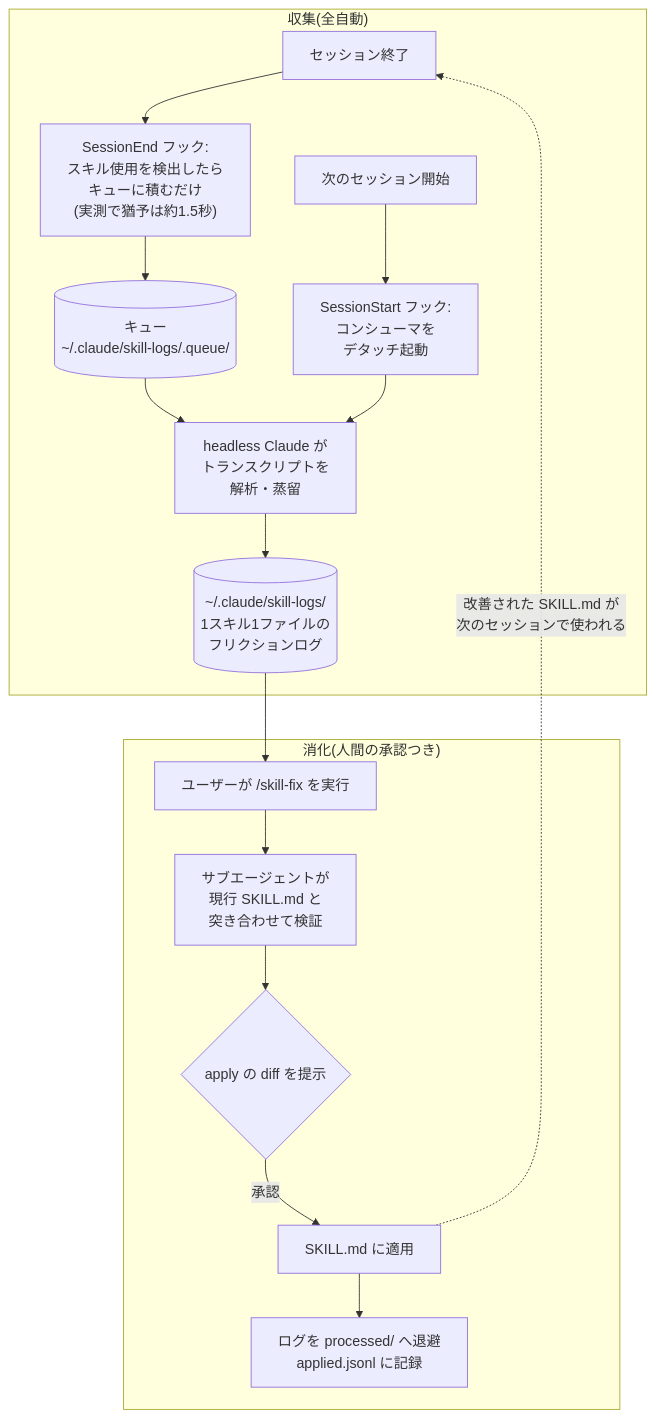
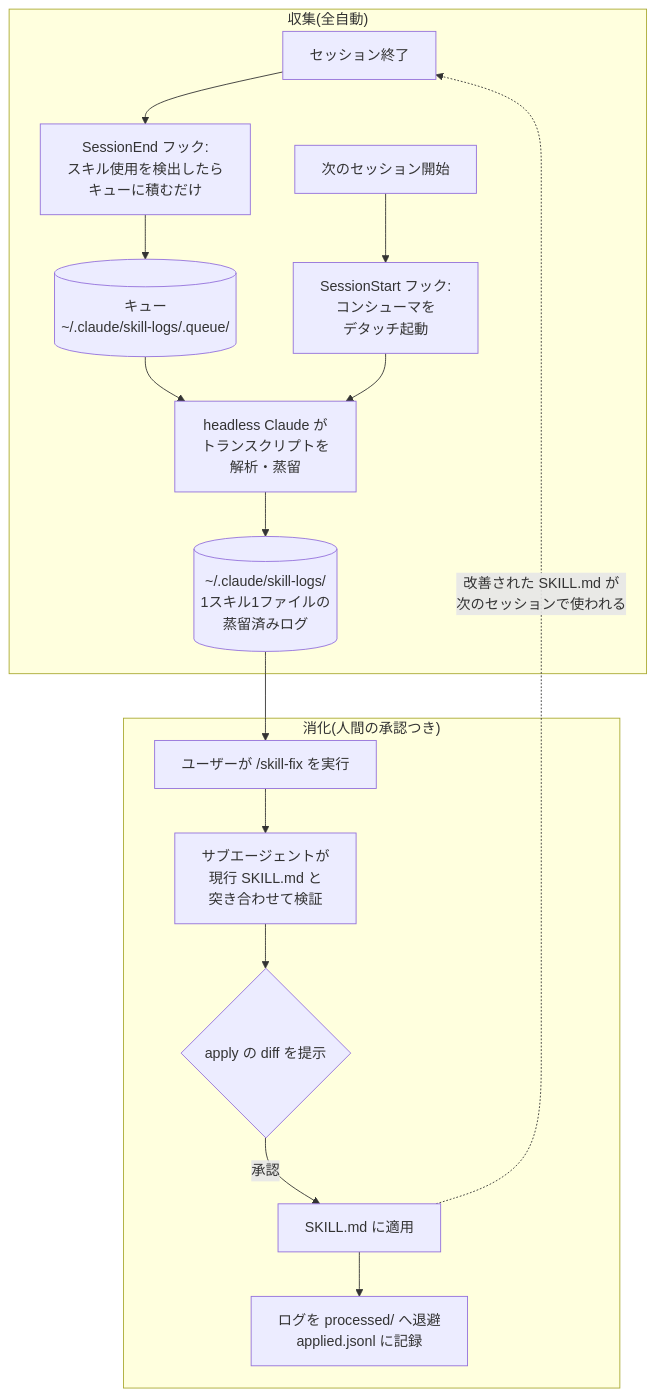
One commit to k3forx/zenn changed the diagram in articles/cd55956dffa373.md. Above: the diagram before and after it, drawn with Mermaid.

Commit message:
docs: Mermaid 図の表現を本文に合わせて整理（蒸留済みログ／実測注記を削除）

````diff
--- a/articles/cd55956dffa373.md
+++ b/articles/cd55956dffa373.md
@@ -39,21 +39,21 @@
 ```mermaid
 flowchart TD
     subgraph auto["収集(全自動)"]
-        A["セッション終了"] --> B["SessionEnd フック:<br/>スキル使用を検出したら<br/>キューに積むだけ<br/>(実測で猶予は約1.5秒)"]
+        A["セッション終了"] --> B["SessionEnd フック:<br/>スキル使用を検出したら<br/>キューに積むだけ"]
         B --> Q[("キュー<br/>~/.claude/skill-logs/.queue/")]
         C["次のセッション開始"] --> D["SessionStart フック:<br/>コンシューマを<br/>デタッチ起動"]
         Q --> E
         D --> E["headless Claude が<br/>トランスクリプトを<br/>解析・蒸留"]
-        E --> L[("~/.claude/skill-logs/<br/>1スキル1ファイルの<br/>フリクションログ")]
+        E --> L[("~/.claude/skill-logs/<br/>1スキル1ファイルの<br/>蒸留済みログ")]
     end
 
     subgraph manual["消化(人間の承認つき)"]
         F["ユーザーが /skill-fix を実行"] --> G["サブエージェントが<br/>現行 SKILL.md と<br/>突き合わせて検証"]
         G --> H{"apply の diff を提示"}
         H -->|承認| I["SKILL.md に適用"]
         I --> J["ログを processed/ へ退避<br/>applied.jsonl に記録"]
     end
 
     L --> F
     I -.->|"改善された SKILL.md が<br/>次のセッションで使われる"| A
 ```
````
